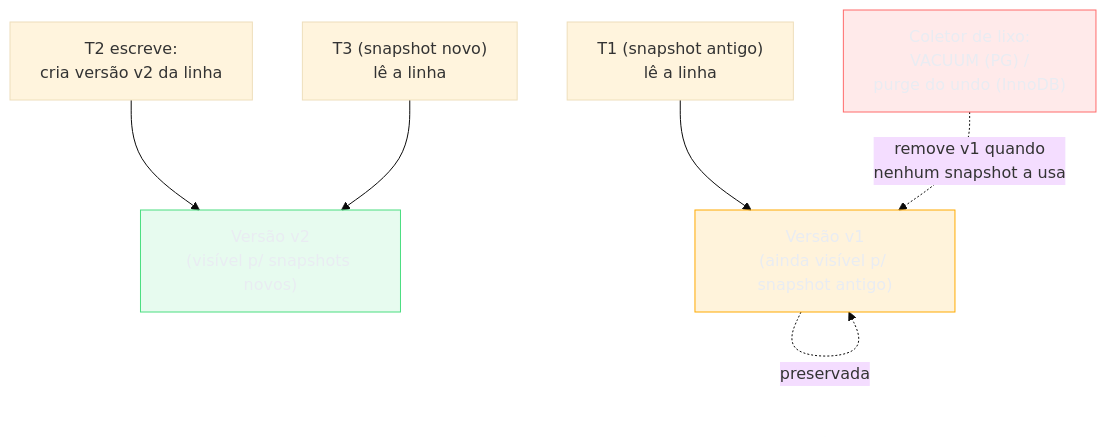
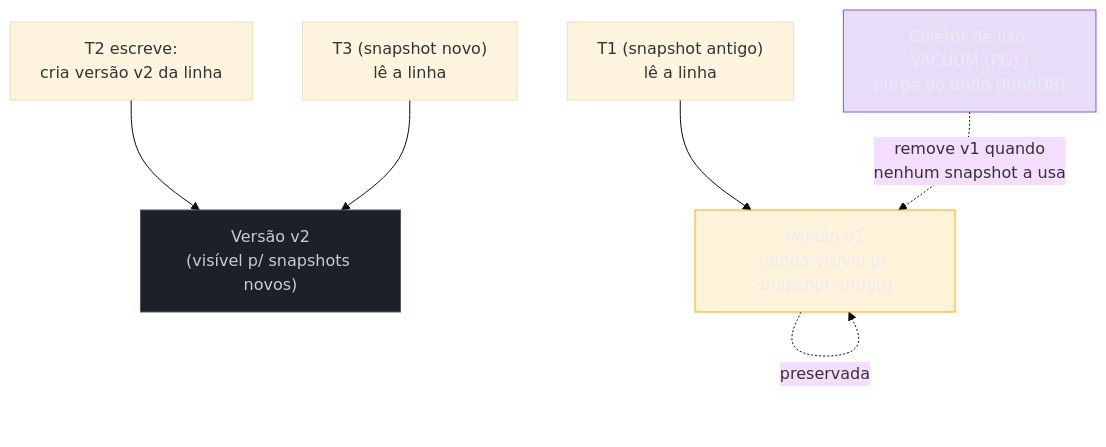
Before and after one commit to josenaldo/codex-technomanticus: the seventh of 7 diagrams in 03-Dominios/Ciência/Banco de Dados/06 - Isolamento e anomalias.md, drawn with Mermaid (base theme). The commit also changed other lines of this file and 601 other files, not shown here.

````diff
--- a/03-Dominios/Ciência/Banco de Dados/06 - Isolamento e anomalias.md
+++ b/03-Dominios/Ciência/Banco de Dados/06 - Isolamento e anomalias.md
@@ -219,14 +218,14 @@
 ```mermaid
 flowchart TD
+    classDef marca fill:#8855DF33,stroke:#8855DF,color:#E9ECF2
+    classDef neutro fill:#1B2029,stroke:#4E5666,color:#C6CCD8
     classDef destaque fill:#FFAA0024,stroke:#FFAA00,color:#E9ECF2
-    classDef ok fill:#4ADE8021,stroke:#4ADE80,color:#E9ECF2
-    classDef falha fill:#FF6B6B24,stroke:#FF6B6B,color:#E9ECF2
     W["T2 escreve:<br/>cria versão v2 da linha"] --> V2["Versão v2<br/>(visível p/ snapshots novos)"]
     V1["Versão v1<br/>(ainda visível p/ snapshot antigo)"] -.->|preservada| V1
     R1["T1 (snapshot antigo)<br/>lê a linha"] --> V1
     R2["T3 (snapshot novo)<br/>lê a linha"] --> V2
     GC["Coletor de lixo:<br/>VACUUM (PG) /<br/>purge do undo (InnoDB)"] -.->|"remove v1 quando<br/>nenhum snapshot a usa"| V1
     class V1 destaque
-    class V2 ok
-    class GC falha
+    class V2 neutro
+    class GC marca
 ```
````
